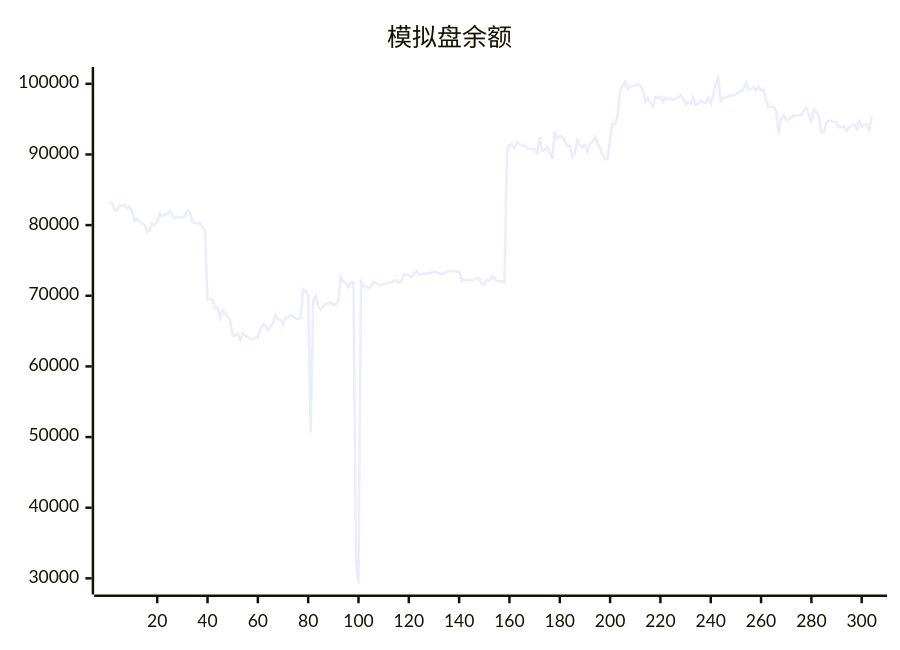
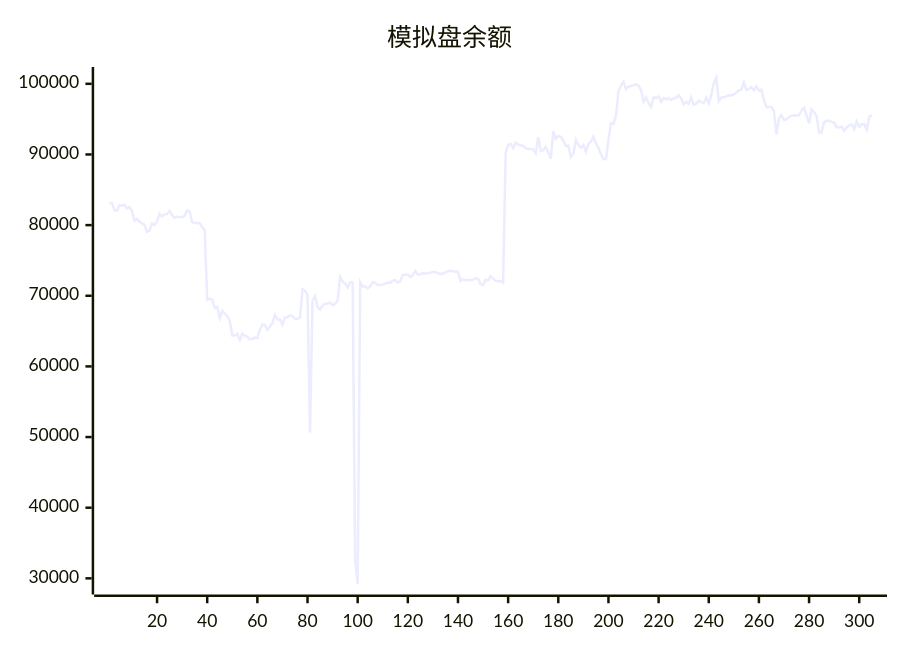
Before and after one commit to aahl/ai-trading: the diagram in README.md, drawn with Mermaid. The commit also changed other lines of this file and 1 other file, not shown here.

````diff
--- a/README.md
+++ b/README.md
@@ -5,5 +5,5 @@
 ```mermaid
 xychart
     title "模拟盘余额"
-    line [83144,83145,82150,82038,82797,82763,82872,82367,82536,81981,80612,80862,80484,80242,80034,79063,79245,80227,80016,80507,81625,81233,81544,81578,82016,81401,81019,81186,81130,81118,81306,82066,81909,80392,80304,80291,80258,79729,79261,69466,69579,69456,68251,68415,66832,67911,67462,67144,66432,64380,64375,64606,63741,64647,64324,64216,63842,63877,64079,64008,65156,65945,65888,65157,65625,66144,67284,66653,66639,65924,66925,66956,67263,67108,66766,66729,66886,70927,70673,70049,50652,69334,69973,68400,68061,68578,68877,68879,69055,68662,68822,69329,72687,71999,71760,71163,71911,71896,32500,29218,71927,71297,71305,71044,71337,71883,71822,71536,71536,71622,71723,71880,71860,72100,72216,71887,72077,72940,72976,72966,72638,72948,73497,73004,73041,73173,73160,73187,73258,73375,73351,73173,73098,73161,73305,73474,73536,73457,73413,73412,72100,72333,72164,72272,72204,72285,72461,72421,71652,71521,72267,72157,72774,72425,72144,72060,72091,71858,90185,91338,91466,90900,91678,91404,91268,91244,90903,90779,90787,90721,90187,92429,90518,90619,91070,90328,89376,93286,92202,92581,92485,91947,91196,91259,89619,90086,92063,91355,90950,91327,90373,91498,91800,92531,91603,90910,90031,89351,89334,92097,94406,94315,95455,98972,99763,100286,99229,99622,99701,99805,99938,99738,99082,97430,98094,97267,96741,98081,98013,98194,97447,97983,97789,97969,97729,97911,98043,98405,97912,97120,97448,97154,98095,97021,97191,97616,97402,97263,98035,97210,98424,100121,100876,97552,98049,98085,98228,98388,98342,98488,98750,99086,99181,100188,99107,99272,99553,99072,99636,99061,99186,97674,96679,96704,96743,96096,92830,95088,95560,94866,94995,95295,95497,95531,95527,95559,96236,96597,95538,94422,96363,95972,95418,93095,93128,94558,94795,94727,94611,94508,93857,93852,93955,93340,93862,94112,94249,93603,94682,93898,94267,94288,93490,95337]
+    line [83144,83145,82150,82038,82797,82763,82872,82367,82536,81981,80612,80862,80484,80242,80034,79063,79245,80227,80016,80507,81625,81233,81544,81578,82016,81401,81019,81186,81130,81118,81306,82066,81909,80392,80304,80291,80258,79729,79261,69466,69579,69456,68251,68415,66832,67911,67462,67144,66432,64380,64375,64606,63741,64647,64324,64216,63842,63877,64079,64008,65156,65945,65888,65157,65625,66144,67284,66653,66639,65924,66925,66956,67263,67108,66766,66729,66886,70927,70673,70049,50652,69334,69973,68400,68061,68578,68877,68879,69055,68662,68822,69329,72687,71999,71760,71163,71911,71896,32500,29218,71927,71297,71305,71044,71337,71883,71822,71536,71536,71622,71723,71880,71860,72100,72216,71887,72077,72940,72976,72966,72638,72948,73497,73004,73041,73173,73160,73187,73258,73375,73351,73173,73098,73161,73305,73474,73536,73457,73413,73412,72100,72333,72164,72272,72204,72285,72461,72421,71652,71521,72267,72157,72774,72425,72144,72060,72091,71858,90185,91338,91466,90900,91678,91404,91268,91244,90903,90779,90787,90721,90187,92429,90518,90619,91070,90328,89376,93286,92202,92581,92485,91947,91196,91259,89619,90086,92063,91355,90950,91327,90373,91498,91800,92531,91603,90910,90031,89351,89334,92097,94406,94315,95455,98972,99763,100286,99229,99622,99701,99805,99938,99738,99082,97430,98094,97267,96741,98081,98013,98194,97447,97983,97789,97969,97729,97911,98043,98405,97912,97120,97448,97154,98095,97021,97191,97616,97402,97263,98035,97210,98424,100121,100876,97552,98049,98085,98228,98388,98342,98488,98750,99086,99181,100188,99107,99272,99553,99072,99636,99061,99186,97674,96679,96704,96743,96096,92830,95088,95560,94866,94995,95295,95497,95531,95527,95559,96236,96597,95538,94422,96363,95972,95418,93095,93128,94558,94795,94727,94611,94508,93857,93852,93955,93340,93862,94112,94249,93603,94682,93898,94267,94288,93490,95337,95601]
 ```
````
